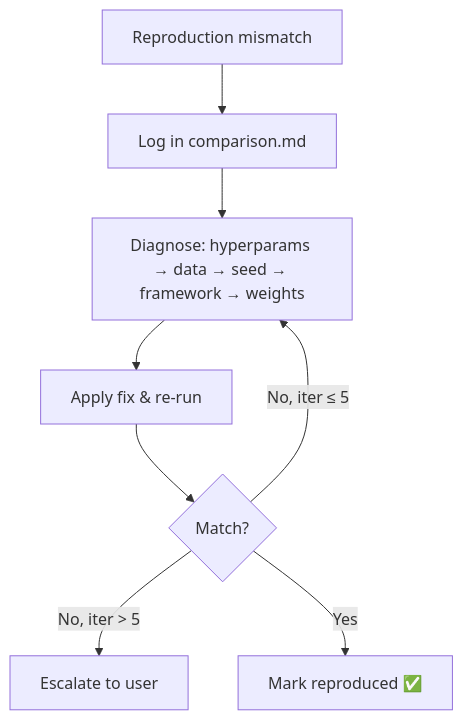
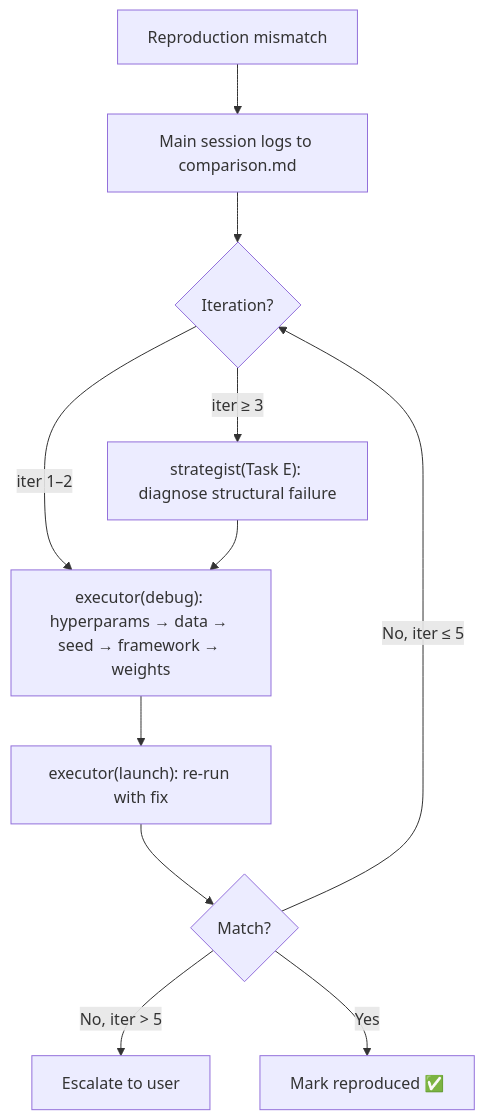
One commit to Paper-Claw/PaperClaw changed the third of 4 diagrams in .claude/skills/paperclaw-experiment-AI/SKILL.md. Above: the diagram before and after it, drawn with Mermaid. The commit also changed other lines of this file and 6 other files, not shown here.

First line of the commit message:
feat(skill): redesign experiment pipeline architecture + dual math audit

````diff
--- a/.claude/skills/paperclaw-experiment-AI/SKILL.md
+++ b/.claude/skills/paperclaw-experiment-AI/SKILL.md
@@ -602,10 +966,13 @@
 ```mermaid
 flowchart TD
-    A["Reproduction mismatch"] --> B["Log in comparison.md"]
-    B --> C["Diagnose: hyperparams → data → seed → framework → weights"]
-    C --> D["Apply fix & re-run"]
-    D --> E{"Match?"}
-    E -->|"No, iter ≤ 5"| C
-    E -->|"No, iter > 5"| F["Escalate to user"]
-    E -->|Yes| G["Mark reproduced ✅"]
+    A["Reproduction mismatch"] --> B["Main session logs to comparison.md"]
+    B --> C{"Iteration?"}
+    C -->|"iter 1–2"| D["executor(debug): hyperparams → data → seed → framework → weights"]
+    C -->|"iter ≥ 3"| E["strategist(Task E): diagnose structural failure"]
+    E --> D
+    D --> F["executor(launch): re-run with fix"]
+    F --> G{"Match?"}
+    G -->|No, iter ≤ 5| C
+    G -->|"No, iter > 5"| H["Escalate to user"]
+    G -->|Yes| I["Mark reproduced ✅"]
 ```
````
